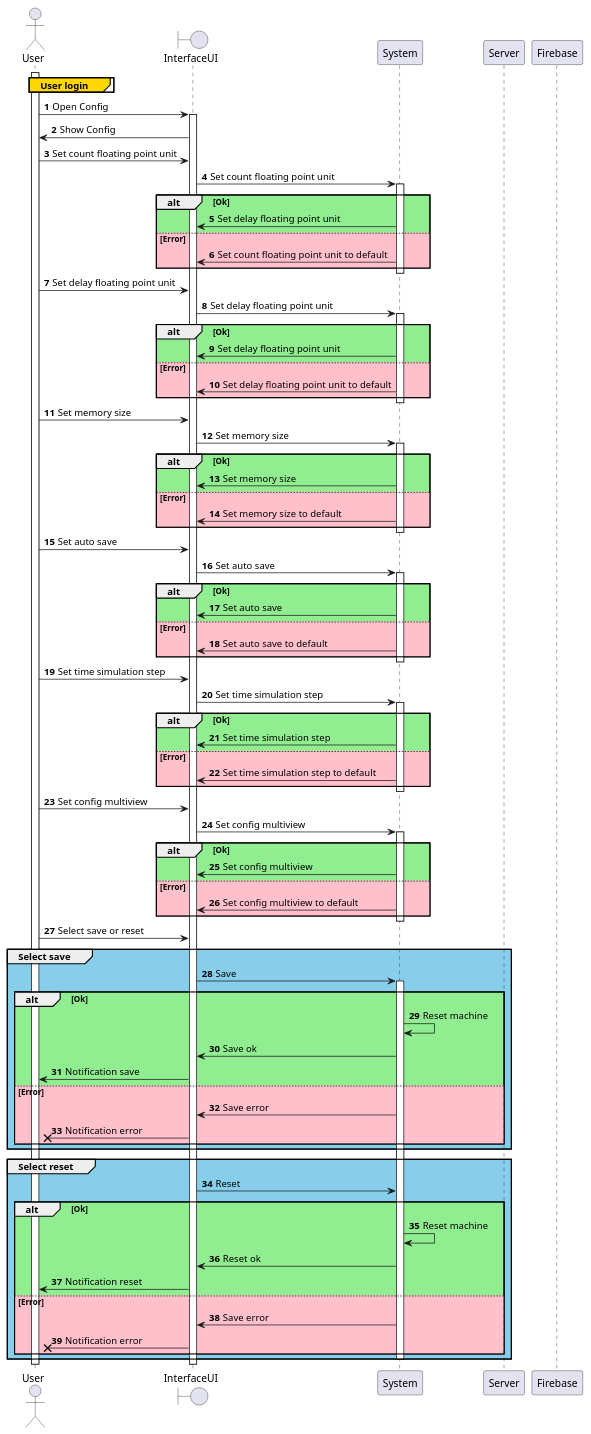
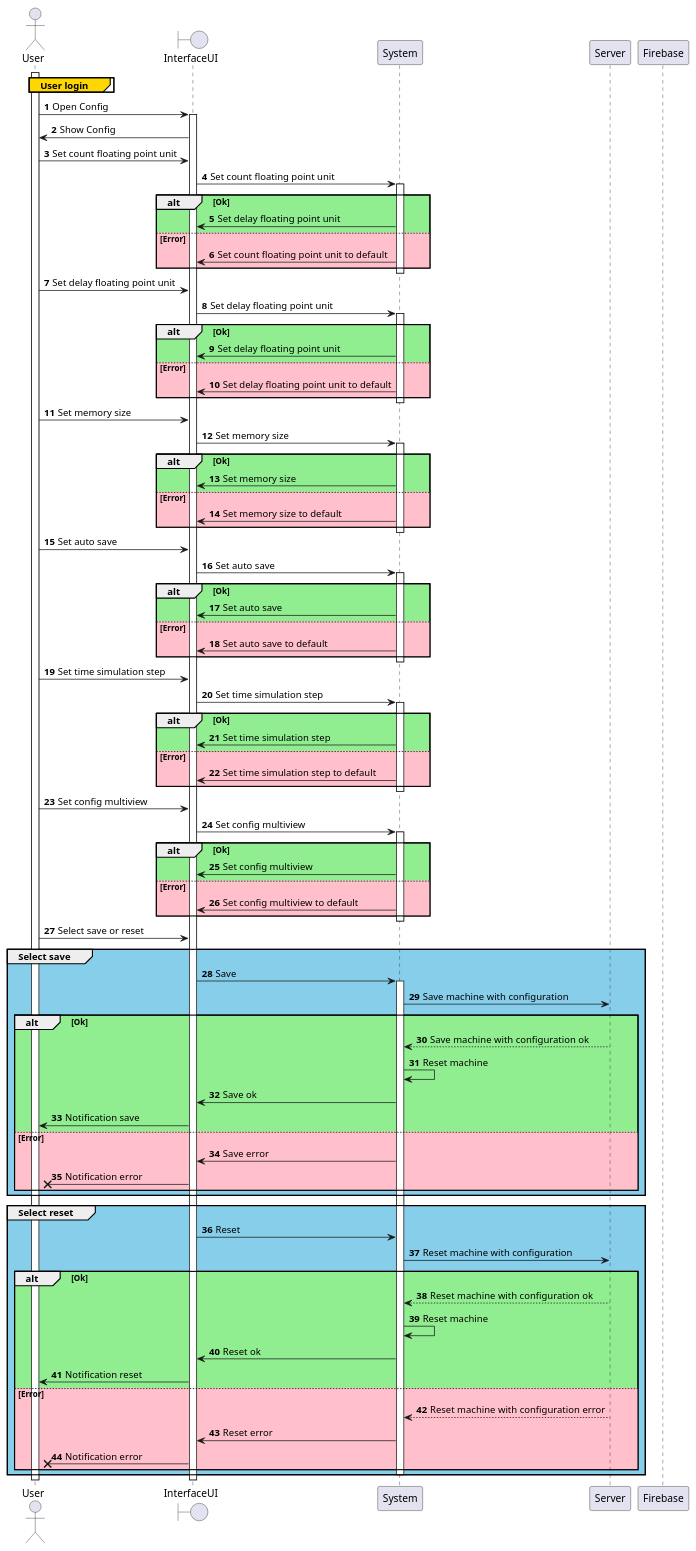
The diagram in UML/4.21.Config.puml (nonodev96/THUMDER), drawn with PlantUML before and after one commit. The commit also changed 29 other files, not shown here.

Commit message:
connect with socket | server machine

```diff
--- a/UML/4.21.Config.puml
+++ b/UML/4.21.Config.puml
@@ -1,108 +1,113 @@
 @startuml
 'https://plantuml.com/sequence-diagram
 
 autonumber
 
 actor User
 boundary InterfaceUI
 participant System
 participant Server
 participant Firebase
 
 activate User
 group#Gold User login
 
 end
 User -> InterfaceUI: Open Config
 activate InterfaceUI
 User <- InterfaceUI: Show Config
 User -> InterfaceUI: Set count floating point unit
 InterfaceUI -> System: Set count floating point unit
 activate System
 alt #LightGreen Ok
   InterfaceUI <- System: Set delay floating point unit
 else #Pink Error
   InterfaceUI <- System: Set count floating point unit to default
 end
 deactivate System
 
 User -> InterfaceUI: Set delay floating point unit
 InterfaceUI -> System: Set delay floating point unit
 activate System
 alt #LightGreen Ok
   InterfaceUI <- System: Set delay floating point unit
 else #Pink Error
   InterfaceUI <- System: Set delay floating point unit to default
 end
 deactivate System
 
 User -> InterfaceUI: Set memory size
 InterfaceUI -> System: Set memory size
 activate System
 alt #LightGreen Ok
   InterfaceUI <- System: Set memory size
 else #Pink Error
   InterfaceUI <- System: Set memory size to default
 end
 deactivate System
 
 User -> InterfaceUI: Set auto save
 InterfaceUI -> System: Set auto save
 activate System
 alt #LightGreen Ok
   InterfaceUI <- System: Set auto save
 else #Pink Error
   InterfaceUI <- System: Set auto save to default
 end
 deactivate System
 
 User -> InterfaceUI: Set time simulation step
 InterfaceUI -> System: Set time simulation step
 activate System
 alt #LightGreen Ok
   InterfaceUI <- System: Set time simulation step
 else #Pink Error
   InterfaceUI <- System: Set time simulation step to default
 end
 deactivate System
 
 User -> InterfaceUI: Set config multiview
 InterfaceUI -> System: Set config multiview
 activate System
 alt #LightGreen Ok
   InterfaceUI <- System: Set config multiview
 else #Pink Error
   InterfaceUI <- System: Set config multiview to default
 end
 deactivate System
 
 User -> InterfaceUI: Select save or reset
 group #SkyBlue Select save
   InterfaceUI -> System: Save
   activate System
+  System -> Server: Save machine with configuration
   alt #LightGreen Ok
+    System <-- Server: Save machine with configuration ok
     System -> System: Reset machine
     InterfaceUI <- System: Save ok
     User <- InterfaceUI: Notification save
   else #Pink Error
     InterfaceUI <- System: Save error
     User x<- InterfaceUI: Notification error
   end
 end
 
 group #SkyBlue Select reset
   InterfaceUI -> System: Reset
+  System -> Server: Reset machine with configuration
   alt #LightGreen Ok
+    System <-- Server: Reset machine with configuration ok
     System -> System: Reset machine
     InterfaceUI <- System: Reset ok
     User <- InterfaceUI: Notification reset
   else #Pink Error
-    InterfaceUI <- System: Save error
+    System <-- Server: Reset machine with configuration error
+    InterfaceUI <- System: Reset error
     User x<- InterfaceUI: Notification error
   end
   deactivate System
 end
 deactivate InterfaceUI
 deactivate User
 
 @enduml
```
